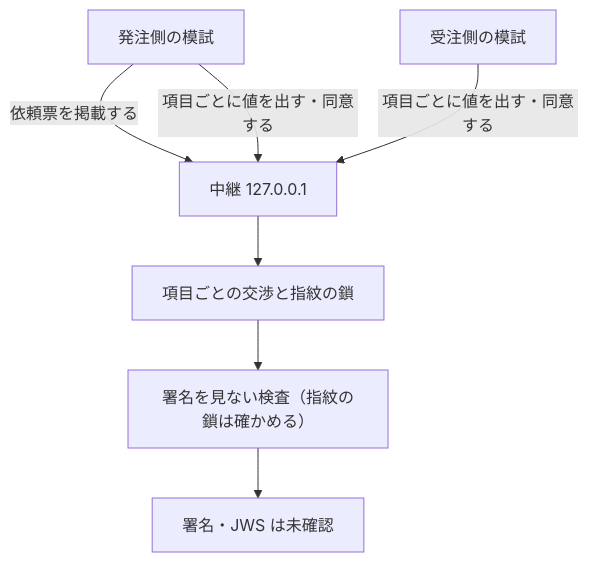
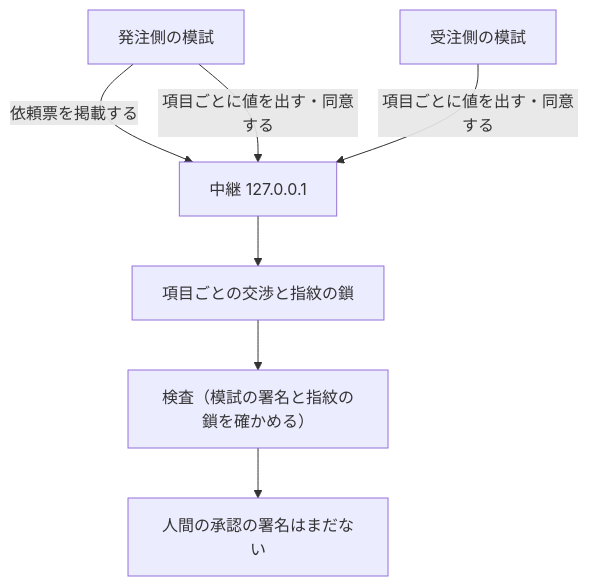
Before and after one commit to ranma-s/a2aix: the first of 2 diagrams in docs/feature-map.md, drawn with Mermaid. The commit also changed other lines of this file and 39 other files, not shown here.

````diff
--- a/docs/feature-map.md
+++ b/docs/feature-map.md
@@ -7,16 +7,16 @@
 ```mermaid
 flowchart TD
   poster["発注側の模試"]
   worker["受注側の模試"]
   node["中継 127.0.0.1"]
   machine["項目ごとの交渉と指紋の鎖"]
-  verify["署名を見ない検査（指紋の鎖は確かめる）"]
-  deferred["署名・JWS は未確認"]
+  verify["検査（模試の署名と指紋の鎖を確かめる）"]
+  deferred["人間の承認の署名はまだない"]
 
   poster -->|"依頼票を掲載する"| node
   worker -->|"項目ごとに値を出す・同意する"| node
   poster -->|"項目ごとに値を出す・同意する"| node
   node --> machine
   machine --> verify
   verify --> deferred
 ```
````
